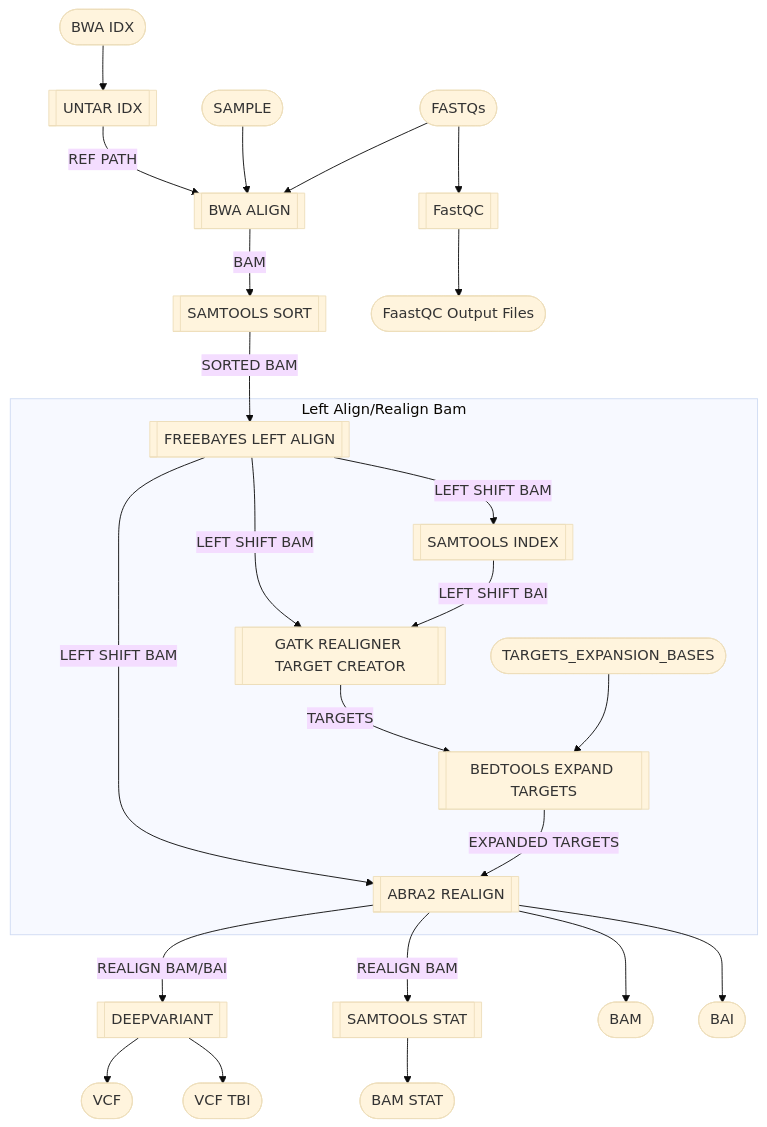
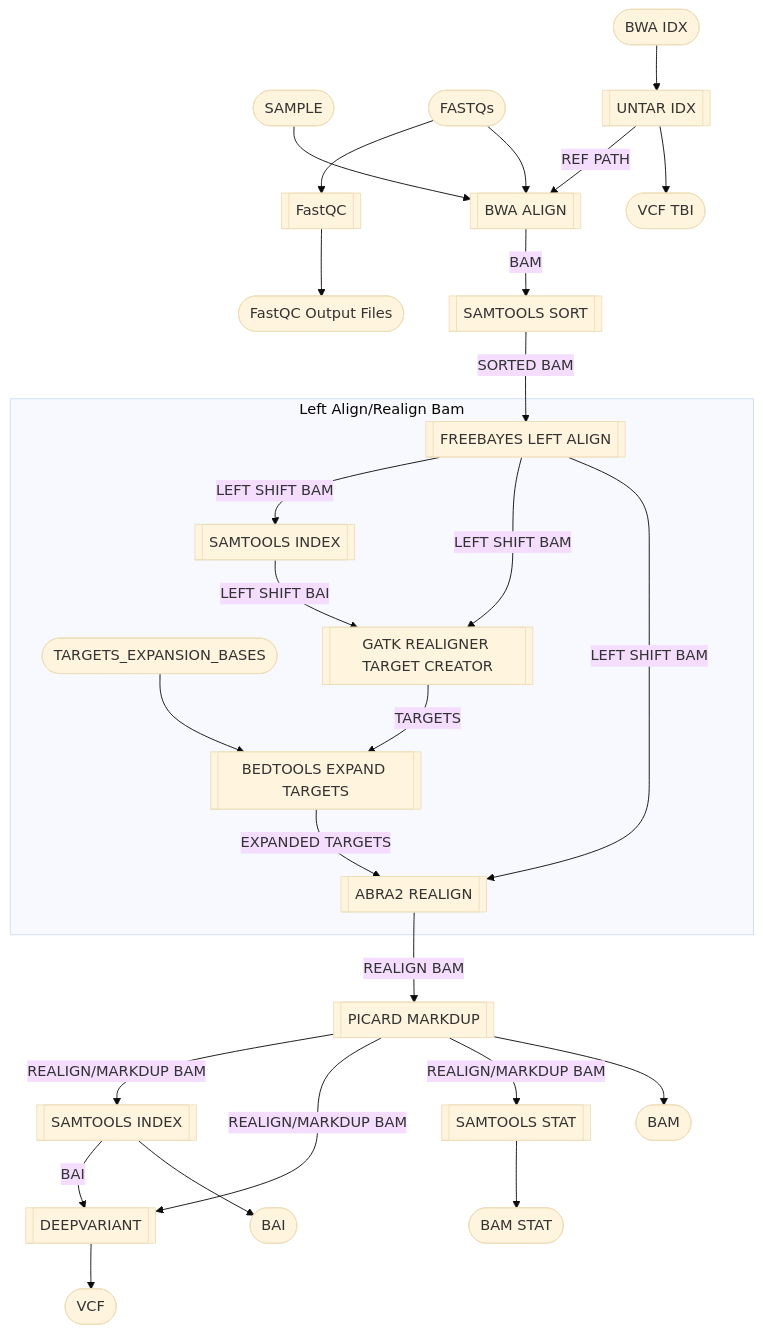
The diagram in wdl/pipelines/genome/wgs.doc.md (twlab/cig-pipelines), drawn with Mermaid (base theme) before and after one commit.

Commit message:
Add markdup to genome wgs.doc.md

````diff
--- a/wdl/pipelines/genome/wgs.doc.md
+++ b/wdl/pipelines/genome/wgs.doc.md
@@ -6,42 +6,47 @@
 ```mermaid
 flowchart TB;
   i1([SAMPLE])
   i2([FASTQs]);
   i3([BWA IDX]);
   i4([TARGETS_EXPANSION_BASES])
   s0[[FastQC]];
   s1[[UNTAR IDX]];
   s2[[BWA ALIGN]];
   s3[[SAMTOOLS SORT]];
   s4[[FREEBAYES LEFT ALIGN]];
   s5[[SAMTOOLS INDEX]];
   s6[[GATK REALIGNER TARGET CREATOR]];
   s7[[BEDTOOLS EXPAND TARGETS]];
   s8[[ABRA2 REALIGN]];
-  s9[[DEEPVARIANT]];
-  s10[[SAMTOOLS STAT]];
-
-  o0([FaastQC Output Files])
-  o1([BAM])
-  o2([BAI])
-  o3([BAM STAT])
-  o4([VCF])
-  o5([VCF TBI])
+  s9[[PICARD MARKDUP]];
+  s10[[SAMTOOLS INDEX]];
+  s11[[DEEPVARIANT]];
+  s12[[SAMTOOLS STAT]];
 
   i2-->s0;
   i3-->s1;
   s1--REF PATH-->s2; i1-->s2; i2-->s2;
   s2--BAM-->s3;
   s3--SORTED BAM-->s4;
 
   subgraph sg1 [Left Align/Realign Bam]
     s4--LEFT SHIFT BAM-->s5;
     s4--LEFT SHIFT BAM-->s6; s5--LEFT SHIFT BAI-->s6;
     s6--TARGETS-->s7; i4-->s7;
     s4--LEFT SHIFT BAM-->s8; s7--EXPANDED TARGETS-->s8;
   end;
-  s8--REALIGN BAM/BAI-->s9;
-  s8--REALIGN BAM-->s10;
+  s8--REALIGN BAM-->s9;
+  s9--REALIGN/MARKDUP BAM-->s10;
+  s9--REALIGN/MARKDUP BAM-->s11;
+  s9--REALIGN/MARKDUP BAM-->s12;
+  s10--BAI-->s11;
 
-  s0-->o0; s8-->o1; s8-->o2; s9-->o4; s9-->o5; s10-->o3;
+  o0([FastQC Output Files])
+  o1([BAM])
+  o2([BAI])
+  o3([BAM STAT])
+  o4([VCF])
+  o5([VCF TBI])
+
+  s0-->o0; s9-->o1; s10-->o2; s11-->o4; s1-->o5; s12-->o3;
 ```
````
